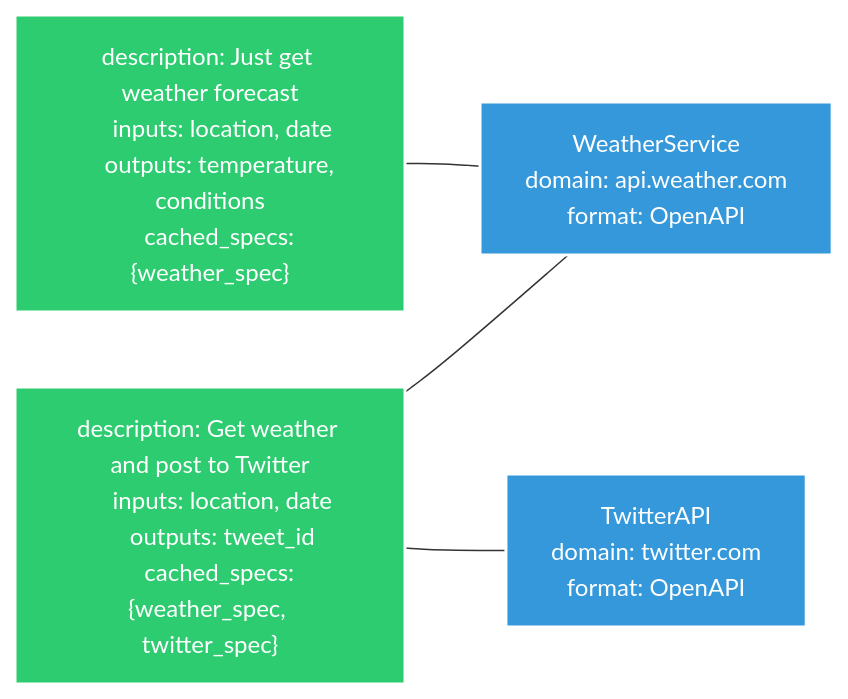
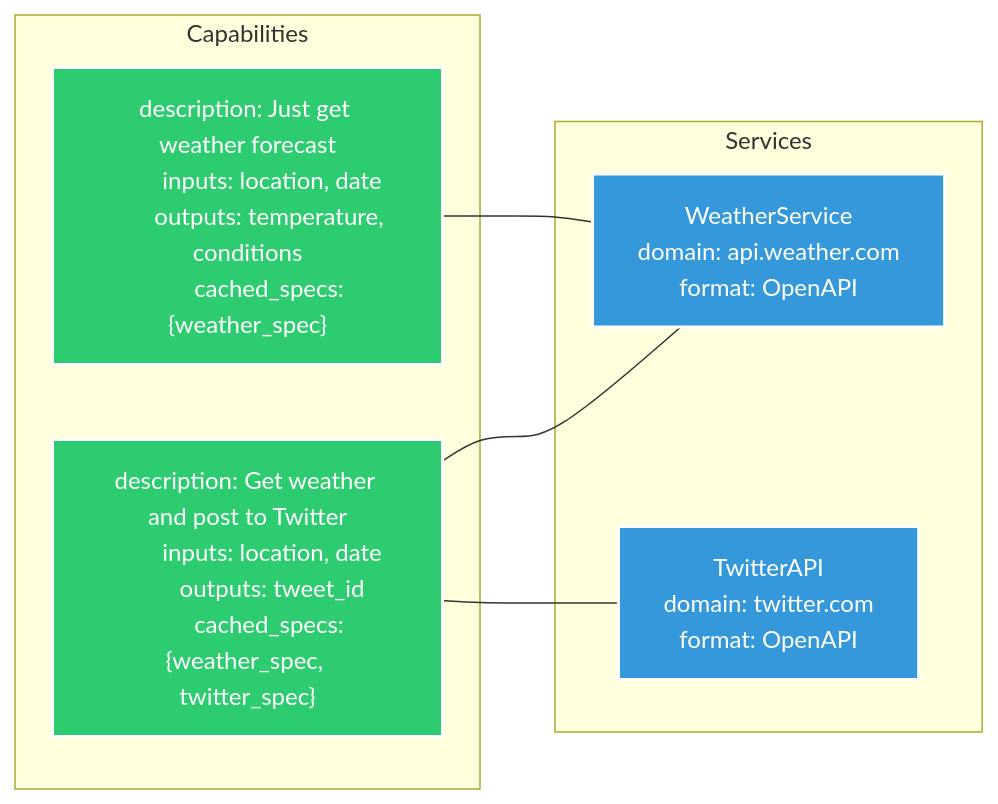
Before and after one commit to keithagroves/agent-to-service: the diagram in README.md, drawn with Mermaid.

Commit message:
label services and capabilites

````diff
--- a/README.md
+++ b/README.md
@@ -50,30 +50,34 @@
 ```mermaid
 graph LR
-    C1["description: Get weather and post to Twitter
-    inputs: location, date
-    outputs: tweet_id
-    cached_specs: {weather_spec, twitter_spec}"]
-    
-    C2["description: Just get weather forecast
-    inputs: location, date
-    outputs: temperature, conditions
-    cached_specs: {weather_spec}"]
-    
-    S1["WeatherService
-    domain: api.weather.com
-    format: OpenAPI"]
-    
-    S2["TwitterAPI
-    domain: twitter.com
-    format: OpenAPI"]
+    subgraph Capabilities
+        C1["description: Get weather and post to Twitter
+        inputs: location, date
+        outputs: tweet_id
+        cached_specs: {weather_spec, twitter_spec}"]
+        
+        C2["description: Just get weather forecast
+        inputs: location, date
+        outputs: temperature, conditions
+        cached_specs: {weather_spec}"]
+    end
+
+    subgraph Services
+        S1["WeatherService
+        domain: api.weather.com
+        format: OpenAPI"]
+        
+        S2["TwitterAPI
+        domain: twitter.com
+        format: OpenAPI"]
+    end
 
     C1 --- S1
     C1 --- S2
     C2 --- S1
 
     classDef capability fill:#2ecc71,stroke:#fff,stroke-width:2px,color:#fff;
     classDef service fill:#3498db,stroke:#fff,stroke-width:2px,color:#fff;
     
     class C1,C2 capability;
     class S1,S2 service;
 ```
````
